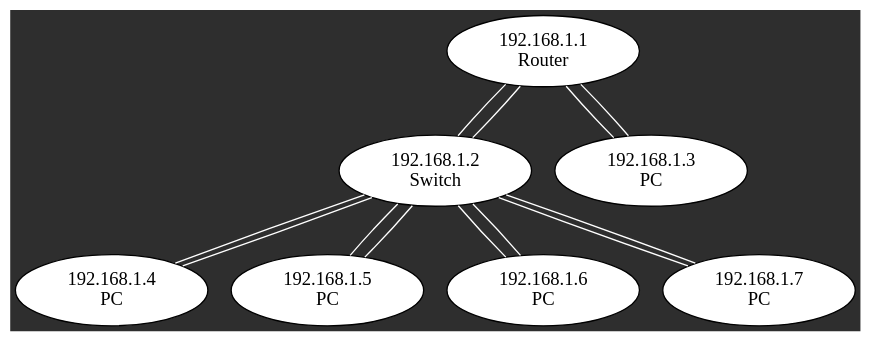
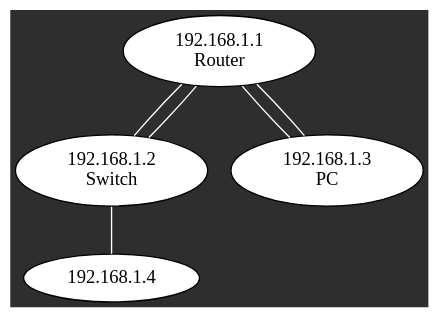
Before and after one commit to Traygueur/net_map: the diagram in Net_map/network.dot, drawn with Graphviz. The commit also changed 79 other files, not shown here.

```diff
--- a/Net_map/network.dot
+++ b/Net_map/network.dot
@@ -1,21 +1,10 @@
 graph Network {
-bgcolor="#2E2E2E"; node [style=filled, fillcolor="white", fontcolor="black", color="black"]; edge [color="white"]; dpi=72; atio=expand;   "192.168.1.1" [label="192.168.1.1\nRouter"];
+bgcolor="#2E2E2E"; node [style=filled, fillcolor="white", fontcolor="black", color="black"]; edge [color="white"]; dpi=72; ratio=expand;   "192.168.1.1" [label="192.168.1.1\nRouter"];
   "192.168.1.1" -- "192.168.1.2";
   "192.168.1.1" -- "192.168.1.3";
   "192.168.1.2" [label="192.168.1.2\nSwitch"];
   "192.168.1.2" -- "192.168.1.1";
   "192.168.1.2" -- "192.168.1.4";
-  "192.168.1.2" -- "192.168.1.5";
-  "192.168.1.2" -- "192.168.1.6";
-  "192.168.1.2" -- "192.168.1.7";
   "192.168.1.3" [label="192.168.1.3\nPC"];
   "192.168.1.3" -- "192.168.1.1";
-  "192.168.1.4" [label="192.168.1.4\nPC"];
-  "192.168.1.4" -- "192.168.1.2";
-  "192.168.1.5" [label="192.168.1.5\nPC"];
-  "192.168.1.5" -- "192.168.1.2";
-  "192.168.1.6" [label="192.168.1.6\nPC"];
-  "192.168.1.6" -- "192.168.1.2";
-  "192.168.1.7" [label="192.168.1.7\nPC"];
-  "192.168.1.7" -- "192.168.1.2";
 }
```
